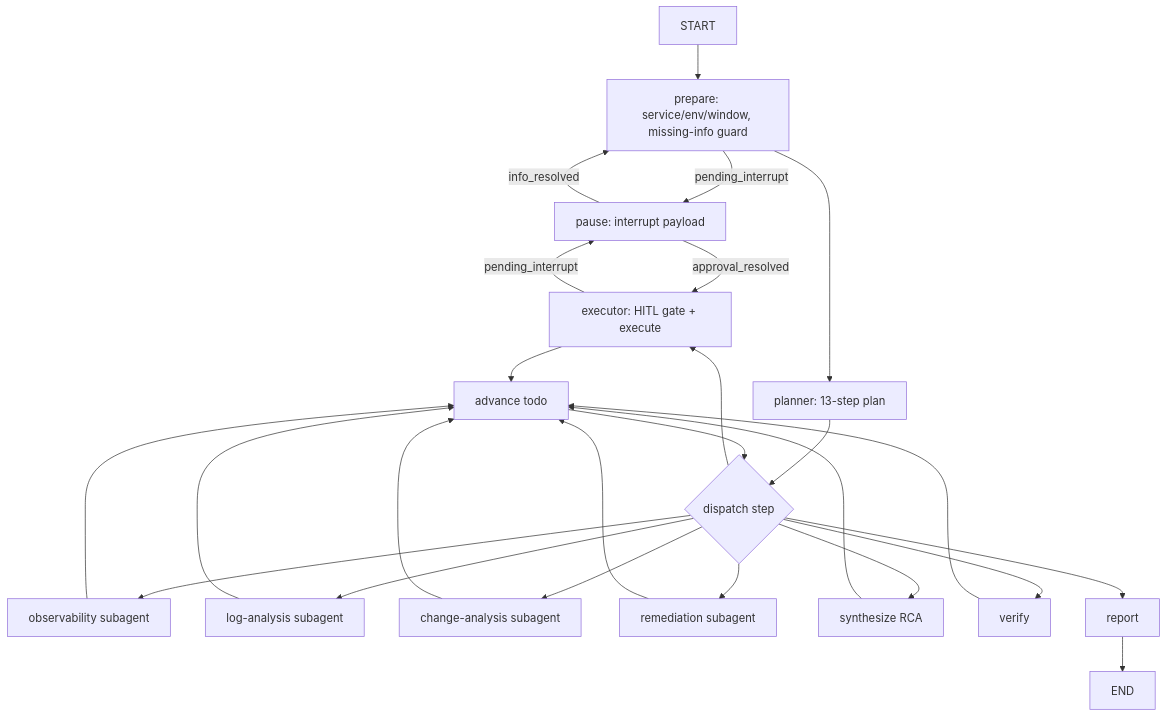
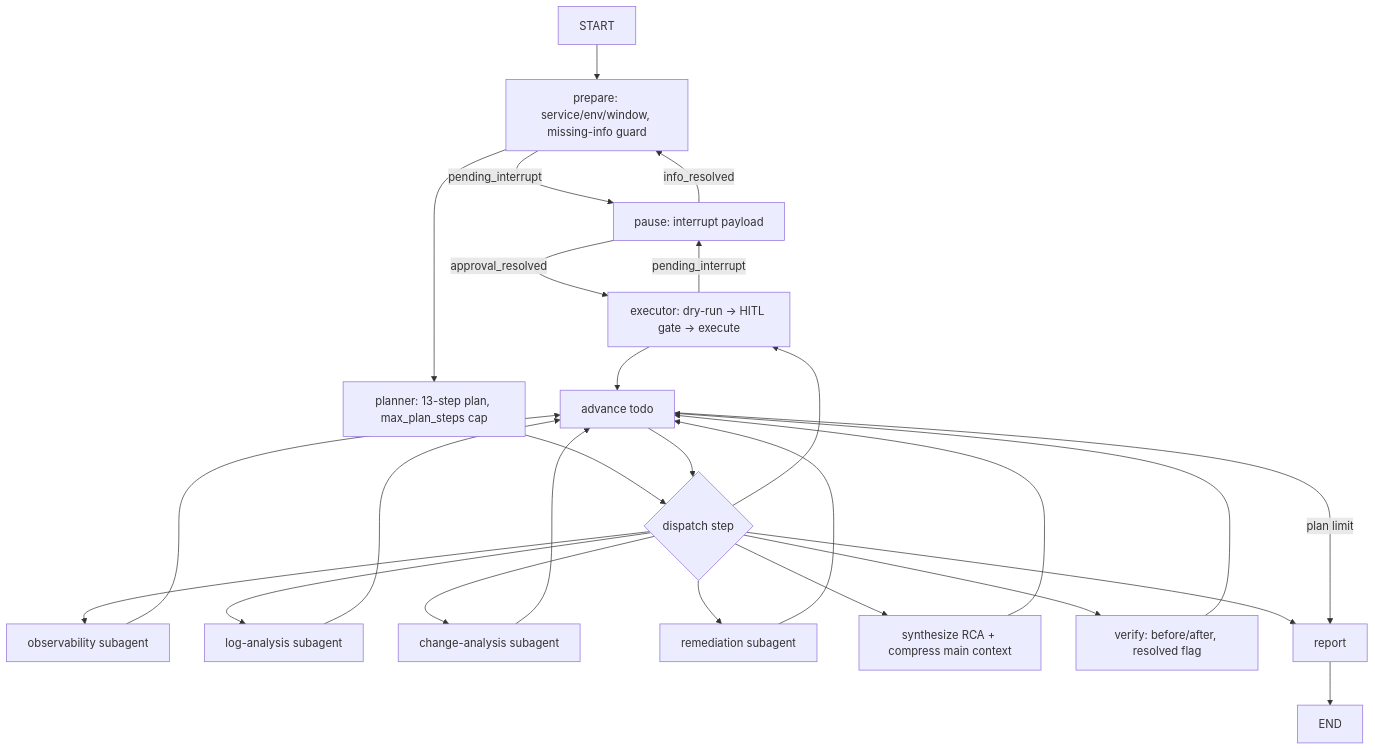
One commit to lzmy18131/CloudOpsHarness changed the diagram in ARCHITECTURE.md. Above: the diagram before and after it, drawn with Mermaid. The commit also changed other lines of this file and 61 other files, not shown here.

Commit message:
AegisOps v0.2.0: audit rectification (SSE envelope, compression integration, dry-run HITL, evidence traceability, 110-scenario evaluation)

````diff
--- a/ARCHITECTURE.md
+++ b/ARCHITECTURE.md
@@ -33,22 +34,23 @@
 ```mermaid
 flowchart TD
   S[START] --> P[prepare: service/env/window, missing-info guard]
   P -->|pending_interrupt| PAUSE[pause: interrupt payload]
-  P --> PL[planner: 13-step plan]
+  P --> PL[planner: 13-step plan, max_plan_steps cap]
   PAUSE -->|info_resolved| P
   PL --> D{dispatch step}
   D --> OB[observability subagent]
   D --> LG[log-analysis subagent]
   D --> CH[change-analysis subagent]
   D --> RM[remediation subagent]
-  D --> SY[synthesize RCA]
-  D --> EX[executor: HITL gate + execute]
-  D --> VF[verify]
+  D --> SY[synthesize RCA + compress main context]
+  D --> EX[executor: dry-run -> HITL gate -> execute]
+  D --> VF[verify: before/after, resolved flag]
   D --> RP[report]
   OB & LG & CH & RM & SY & VF --> AD[advance todo]
+  AD -->|plan limit| RP
   AD --> D
   EX -->|pending_interrupt| PAUSE
   PAUSE -->|approval_resolved| EX
   EX --> AD
   RP --> E[END]
 ```
````
